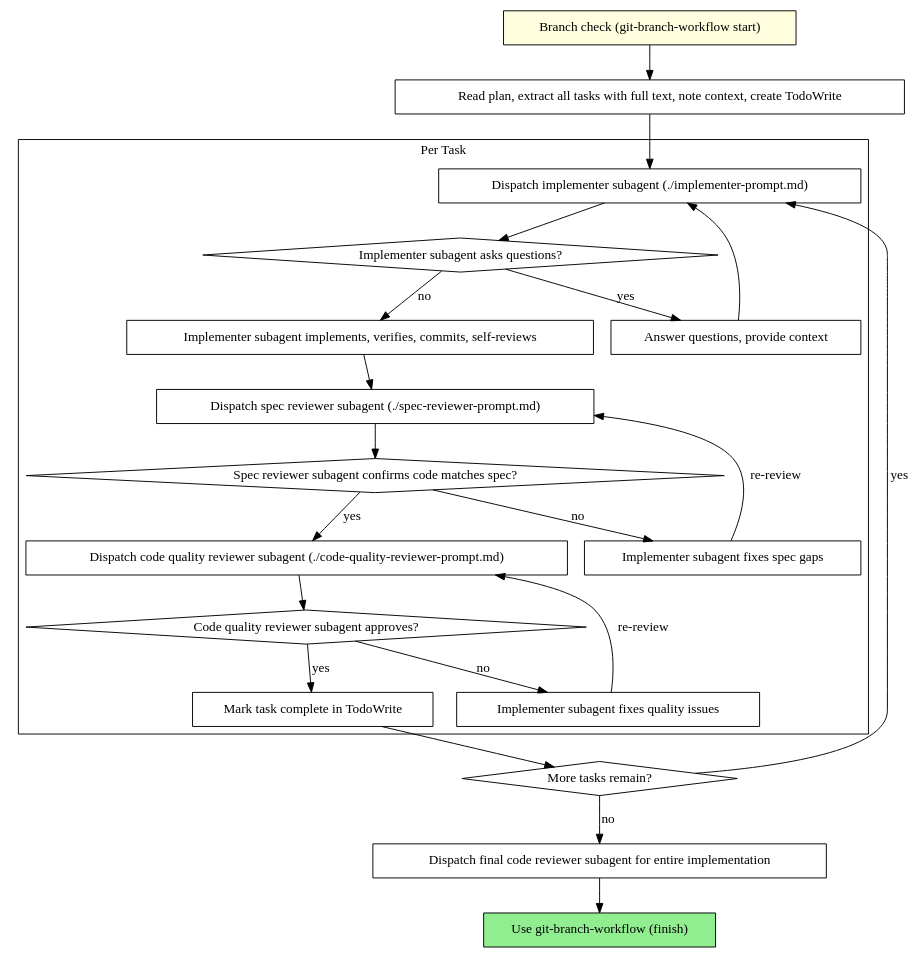
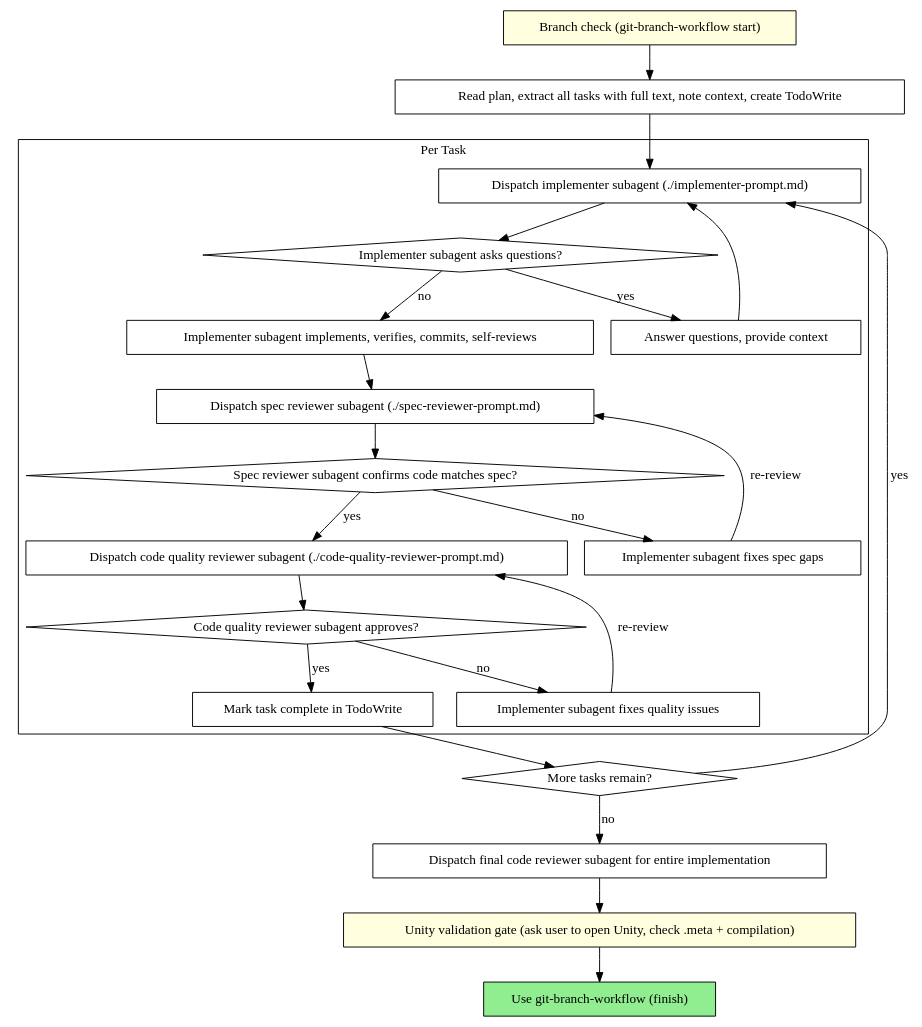
One commit to antoinecolin-voodoo/colinpowers changed the second of 2 diagrams in skills/subagent-development/SKILL.md. Above: the diagram before and after it, drawn with Graphviz. The commit also changed other lines of this file and 2 other files, not shown here.

Commit message:
add Unity validation gate before branch finishing phase
Agents must now stop and ask the user to open the Unity Editor,
generate .meta files, and confirm no compilation errors before
proceeding to squash/merge/PR. Gate added to git-branch-workflow,
executing-plans, and subagent-development.

Made-with: Cursor

````diff
--- a/skills/subagent-development/SKILL.md
+++ b/skills/subagent-development/SKILL.md
@@ -42,46 +42,48 @@
 ```dot
 digraph process {
     rankdir=TB;
 
     subgraph cluster_per_task {
         label="Per Task";
         "Dispatch implementer subagent (./implementer-prompt.md)" [shape=box];
         "Implementer subagent asks questions?" [shape=diamond];
         "Answer questions, provide context" [shape=box];
         "Implementer subagent implements, verifies, commits, self-reviews" [shape=box];
         "Dispatch spec reviewer subagent (./spec-reviewer-prompt.md)" [shape=box];
         "Spec reviewer subagent confirms code matches spec?" [shape=diamond];
         "Implementer subagent fixes spec gaps" [shape=box];
         "Dispatch code quality reviewer subagent (./code-quality-reviewer-prompt.md)" [shape=box];
         "Code quality reviewer subagent approves?" [shape=diamond];
         "Implementer subagent fixes quality issues" [shape=box];
         "Mark task complete in TodoWrite" [shape=box];
     }
 
     "Branch check (git-branch-workflow start)" [shape=box style=filled fillcolor=lightyellow];
     "Read plan, extract all tasks with full text, note context, create TodoWrite" [shape=box];
     "More tasks remain?" [shape=diamond];
     "Dispatch final code reviewer subagent for entire implementation" [shape=box];
     "Use git-branch-workflow (finish)" [shape=box style=filled fillcolor=lightgreen];
 
     "Branch check (git-branch-workflow start)" -> "Read plan, extract all tasks with full text, note context, create TodoWrite";
     "Read plan, extract all tasks with full text, note context, create TodoWrite" -> "Dispatch implementer subagent (./implementer-prompt.md)";
     "Dispatch implementer subagent (./implementer-prompt.md)" -> "Implementer subagent asks questions?";
     "Implementer subagent asks questions?" -> "Answer questions, provide context" [label="yes"];
     "Answer questions, provide context" -> "Dispatch implementer subagent (./implementer-prompt.md)";
     "Implementer subagent asks questions?" -> "Implementer subagent implements, verifies, commits, self-reviews" [label="no"];
     "Implementer subagent implements, verifies, commits, self-reviews" -> "Dispatch spec reviewer subagent (./spec-reviewer-prompt.md)";
     "Dispatch spec reviewer subagent (./spec-reviewer-prompt.md)" -> "Spec reviewer subagent confirms code matches spec?";
     "Spec reviewer subagent confirms code matches spec?" -> "Implementer subagent fixes spec gaps" [label="no"];
     "Implementer subagent fixes spec gaps" -> "Dispatch spec reviewer subagent (./spec-reviewer-prompt.md)" [label="re-review"];
     "Spec reviewer subagent confirms code matches spec?" -> "Dispatch code quality reviewer subagent (./code-quality-reviewer-prompt.md)" [label="yes"];
     "Dispatch code quality reviewer subagent (./code-quality-reviewer-prompt.md)" -> "Code quality reviewer subagent approves?";
     "Code quality reviewer subagent approves?" -> "Implementer subagent fixes quality issues" [label="no"];
     "Implementer subagent fixes quality issues" -> "Dispatch code quality reviewer subagent (./code-quality-reviewer-prompt.md)" [label="re-review"];
     "Code quality reviewer subagent approves?" -> "Mark task complete in TodoWrite" [label="yes"];
     "Mark task complete in TodoWrite" -> "More tasks remain?";
     "More tasks remain?" -> "Dispatch implementer subagent (./implementer-prompt.md)" [label="yes"];
     "More tasks remain?" -> "Dispatch final code reviewer subagent for entire implementation" [label="no"];
-    "Dispatch final code reviewer subagent for entire implementation" -> "Use git-branch-workflow (finish)";
+    "Unity validation gate (ask user to open Unity, check .meta + compilation)" [shape=box style=filled fillcolor=lightyellow];
+    "Dispatch final code reviewer subagent for entire implementation" -> "Unity validation gate (ask user to open Unity, check .meta + compilation)";
+    "Unity validation gate (ask user to open Unity, check .meta + compilation)" -> "Use git-branch-workflow (finish)";
 }
 ```
````
